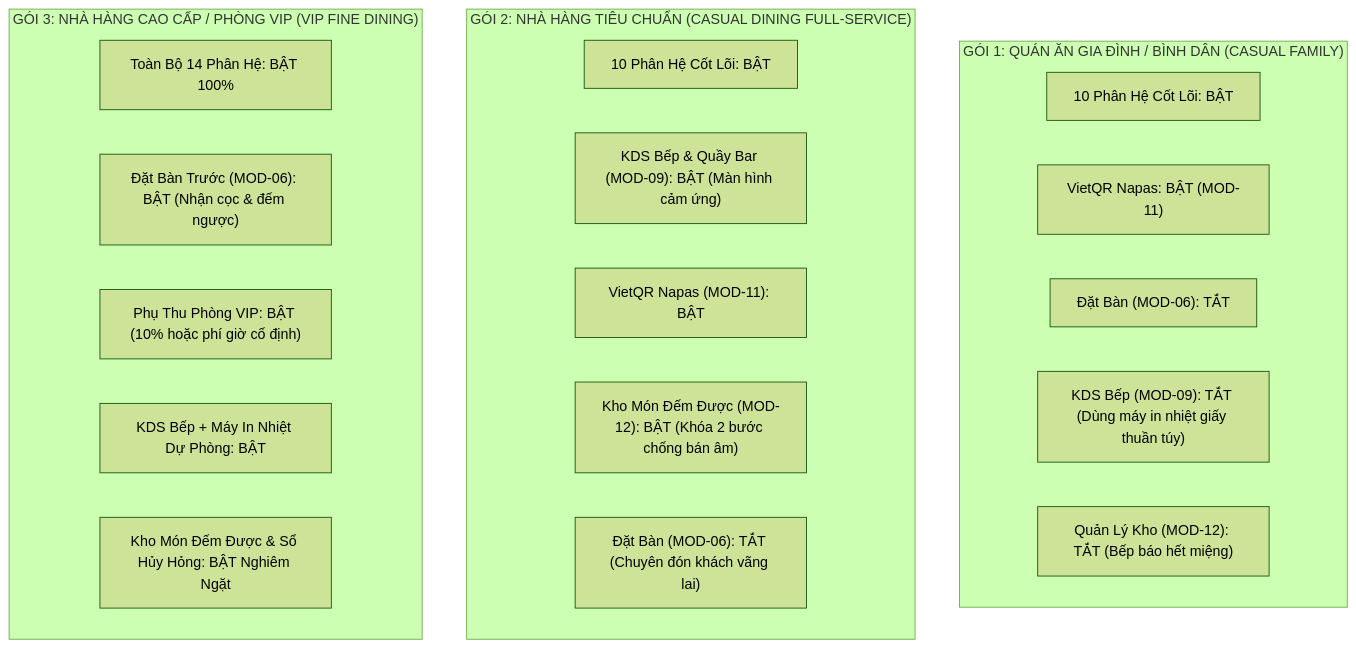
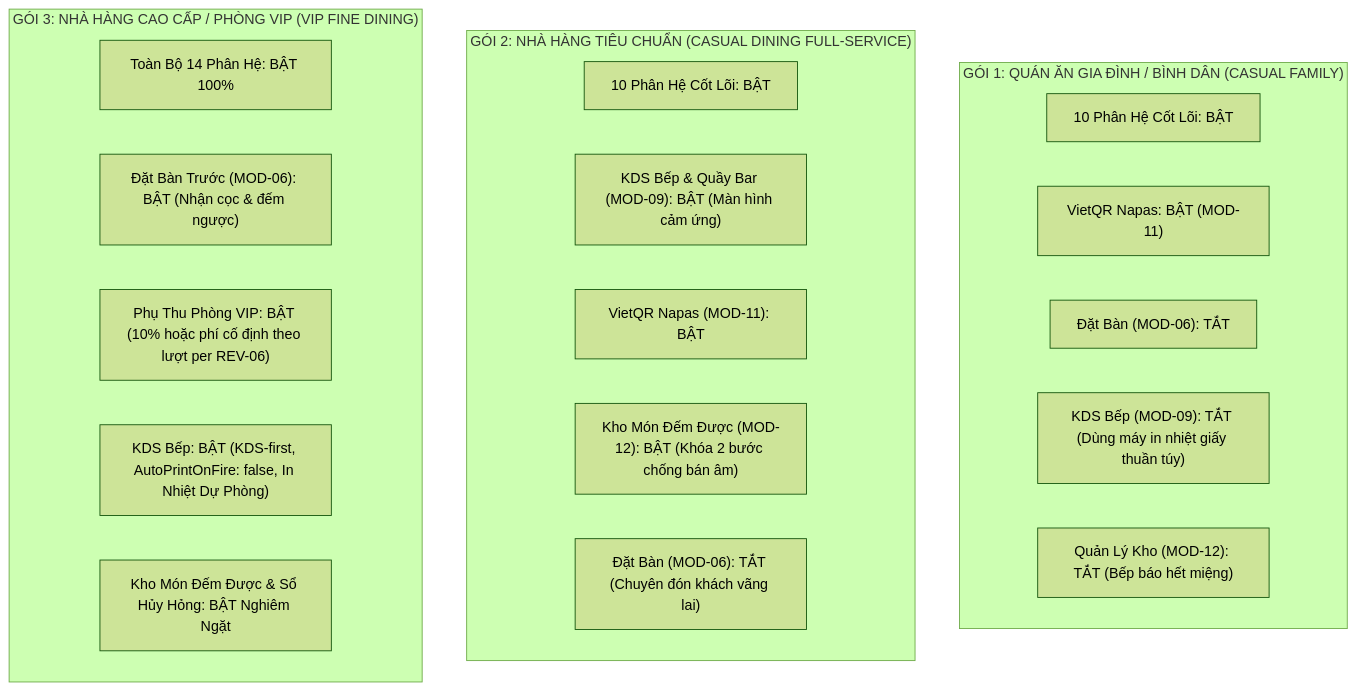
One commit to dieudoanhut2002/SmartRestaurant changed the ninth of 9 diagrams in docs/product/TASK-02.9-PRODUCT-SPECIFICATION-BASELINE-CONSOLIDATION.md. Above: the diagram before and after it, drawn with Mermaid (forest theme). The commit also changed other lines of this file and 24 other files, not shown here.

````diff
--- a/docs/product/TASK-02.9-PRODUCT-SPECIFICATION-BASELINE-CONSOLIDATION.md
+++ b/docs/product/TASK-02.9-PRODUCT-SPECIFICATION-BASELINE-CONSOLIDATION.md
@@ -412,26 +412,26 @@
 ```mermaid
 flowchart TD
     subgraph Preset1["GÓI 1: QUÁN ĂN GIA ĐÌNH / BÌNH DÂN (CASUAL FAMILY)"]
         P1_A["10 Phân Hệ Cốt Lõi: BẬT"]
         P1_B["VietQR Napas: BẬT (MOD-11)"]
         P1_C["Đặt Bàn (MOD-06): TẮT"]
         P1_D["KDS Bếp (MOD-09): TẮT (Dùng máy in nhiệt giấy thuần túy)"]
         P1_E["Quản Lý Kho (MOD-12): TẮT (Bếp báo hết miệng)"]
     end
 
     subgraph Preset2["GÓI 2: NHÀ HÀNG TIÊU CHUẨN (CASUAL DINING FULL-SERVICE)"]
         P2_A["10 Phân Hệ Cốt Lõi: BẬT"]
         P2_B["KDS Bếp & Quầy Bar (MOD-09): BẬT (Màn hình cảm ứng)"]
         P2_C["VietQR Napas (MOD-11): BẬT"]
         P2_D["Kho Món Đếm Được (MOD-12): BẬT (Khóa 2 bước chống bán âm)"]
         P2_E["Đặt Bàn (MOD-06): TẮT (Chuyên đón khách vãng lai)"]
     end
 
     subgraph Preset3["GÓI 3: NHÀ HÀNG CAO CẤP / PHÒNG VIP (VIP FINE DINING)"]
         P3_A["Toàn Bộ 14 Phân Hệ: BẬT 100%"]
         P3_B["Đặt Bàn Trước (MOD-06): BẬT (Nhận cọc & đếm ngược)"]
-        P3_C["Phụ Thu Phòng VIP: BẬT (10% hoặc phí giờ cố định)"]
-        P3_D["KDS Bếp + Máy In Nhiệt Dự Phòng: BẬT"]
+        P3_C["Phụ Thu Phòng VIP: BẬT (10% hoặc phí cố định theo lượt per REV-06)"]
+        P3_D["KDS Bếp: BẬT (KDS-first, AutoPrintOnFire: false, In Nhiệt Dự Phòng)"]
         P3_E["Kho Món Đếm Được & Sổ Hủy Hỏng: BẬT Nghiêm Ngặt"]
     end
 ```
````
